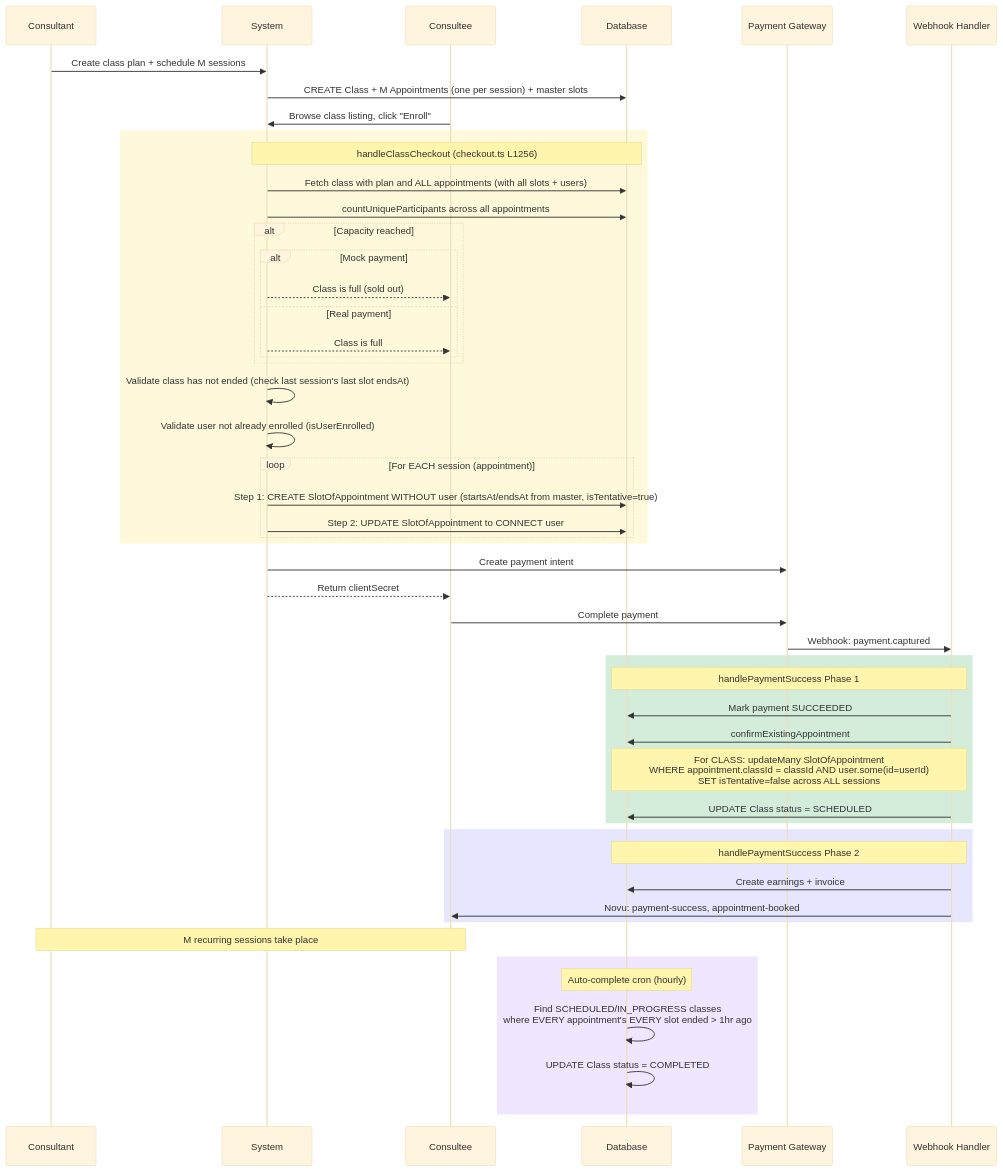
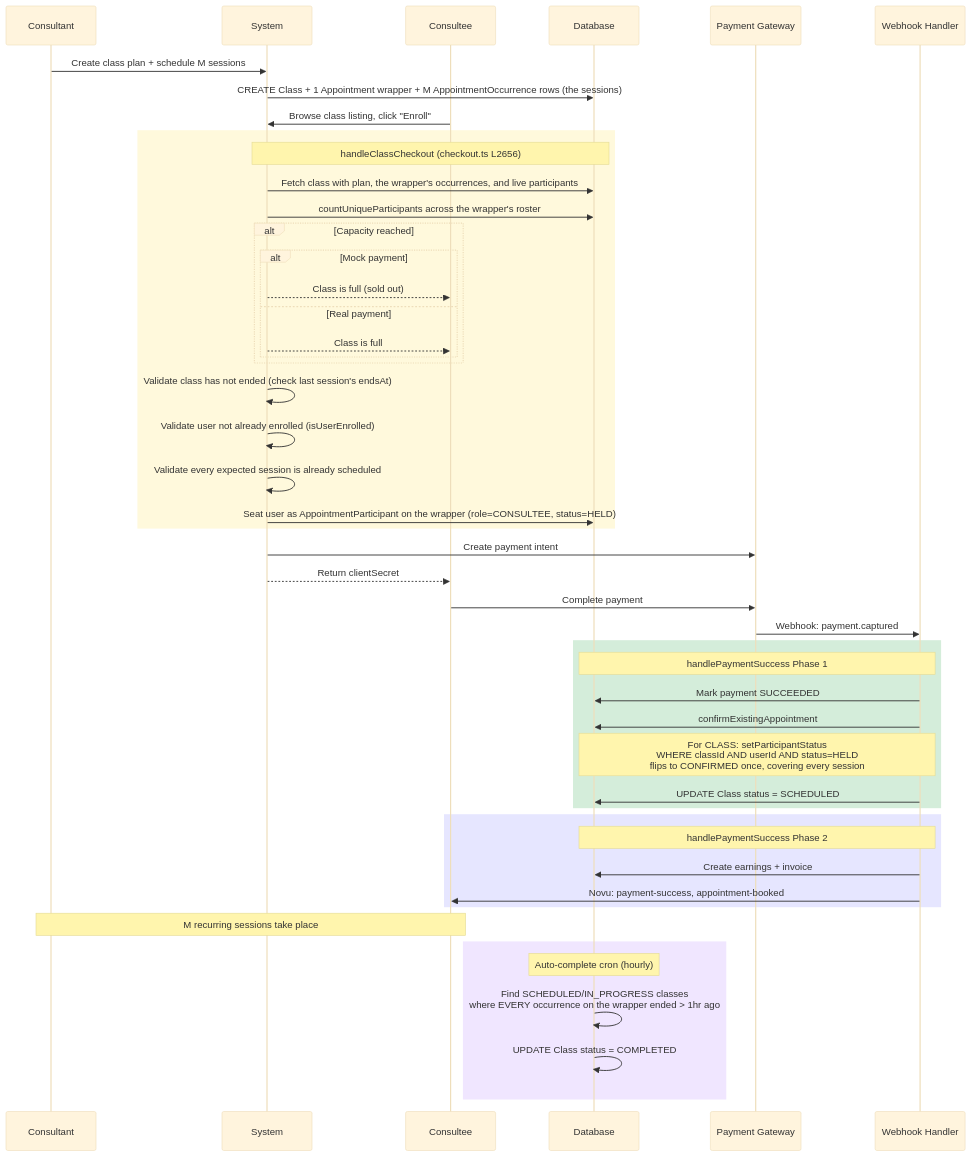
The seventh of 16 diagrams in docs/booking/06-booking-lifecycle.md (Practitionist/familiarise_web), drawn with Mermaid (base theme) before and after one commit. The commit also changed other lines of this file and 711 other files, not shown here.

First line of the commit message:
feat(scheduling): the vocabulary reset — AvailabilityWindow, AppointmentOccurrence, Meeting, Trial; slot and session retired (#1638)

````diff
--- a/docs/booking/06-booking-lifecycle.md
+++ b/docs/booking/06-booking-lifecycle.md
@@ -523,63 +525,61 @@
 ```mermaid
 sequenceDiagram
     participant CT as Consultant
     participant SYS as System
     participant CE as Consultee
     participant DB as Database
     participant GW as Payment Gateway
     participant WH as Webhook Handler
 
     CT->>SYS: Create class plan + schedule M sessions
-    SYS->>DB: CREATE Class + M Appointments (one per session) + master slots
+    SYS->>DB: CREATE Class + 1 Appointment wrapper + M AppointmentOccurrence rows (the sessions)
 
     CE->>SYS: Browse class listing, click "Enroll"
 
     rect rgb(255, 249, 220)
-        Note over SYS,DB: handleClassCheckout (checkout.ts L1256)
-        SYS->>DB: Fetch class with plan and ALL appointments (with all slots + users)
-        SYS->>DB: countUniqueParticipants across all appointments
+        Note over SYS,DB: handleClassCheckout (checkout.ts L2656)
+        SYS->>DB: Fetch class with plan, the wrapper's occurrences, and live participants
+        SYS->>DB: countUniqueParticipants across the wrapper's roster
 
         alt Capacity reached
             alt Mock payment
                 SYS-->>CE: Class is full (sold out)
             else Real payment
                 SYS-->>CE: Class is full
             end
         end
 
-        SYS->>SYS: Validate class has not ended (check last session's last slot endsAt)
+        SYS->>SYS: Validate class has not ended (check last session's endsAt)
         SYS->>SYS: Validate user not already enrolled (isUserEnrolled)
+        SYS->>SYS: Validate every expected session is already scheduled
 
-        loop For EACH session (appointment)
-            SYS->>DB: Step 1: CREATE SlotOfAppointment WITHOUT user (startsAt/endsAt from master, isTentative=true)
-            SYS->>DB: Step 2: UPDATE SlotOfAppointment to CONNECT user
-        end
+        SYS->>DB: Seat user as AppointmentParticipant on the wrapper (role=CONSULTEE, status=HELD)
     end
 
     SYS->>GW: Create payment intent
     SYS-->>CE: Return clientSecret
     CE->>GW: Complete payment
     GW->>WH: Webhook: payment.captured
 
     rect rgb(212, 237, 218)
         Note over WH,DB: handlePaymentSuccess Phase 1
         WH->>DB: Mark payment SUCCEEDED
         WH->>DB: confirmExistingAppointment
-        Note over WH,DB: For CLASS: updateMany SlotOfAppointment<br/>WHERE appointment.classId = classId AND user.some(id=userId)<br/>SET isTentative=false across ALL sessions
+        Note over WH,DB: For CLASS: setParticipantStatus<br/>WHERE classId AND userId AND status=HELD<br/>flips to CONFIRMED once, covering every session
         WH->>DB: UPDATE Class status = SCHEDULED
     end
 
     rect rgb(230, 230, 255)
         Note over WH,DB: handlePaymentSuccess Phase 2
         WH->>DB: Create earnings + invoice
         WH->>CE: Novu: payment-success, appointment-booked
     end
 
     Note over CT,CE: M recurring sessions take place
 
     rect rgb(240, 230, 255)
         Note over DB: Auto-complete cron (hourly)
-        DB->>DB: Find SCHEDULED/IN_PROGRESS classes<br/>where EVERY appointment's EVERY slot ended > 1hr ago
+        DB->>DB: Find SCHEDULED/IN_PROGRESS classes<br/>where EVERY occurrence on the wrapper ended > 1hr ago
         DB->>DB: UPDATE Class status = COMPLETED
     end
 ```
````
